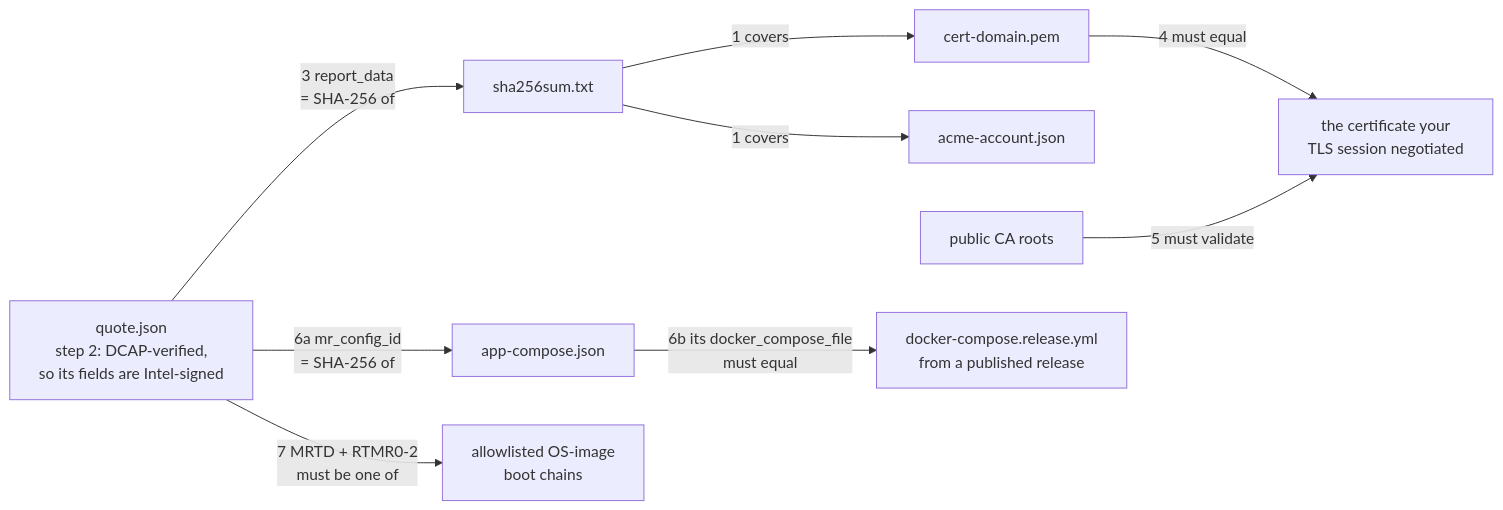
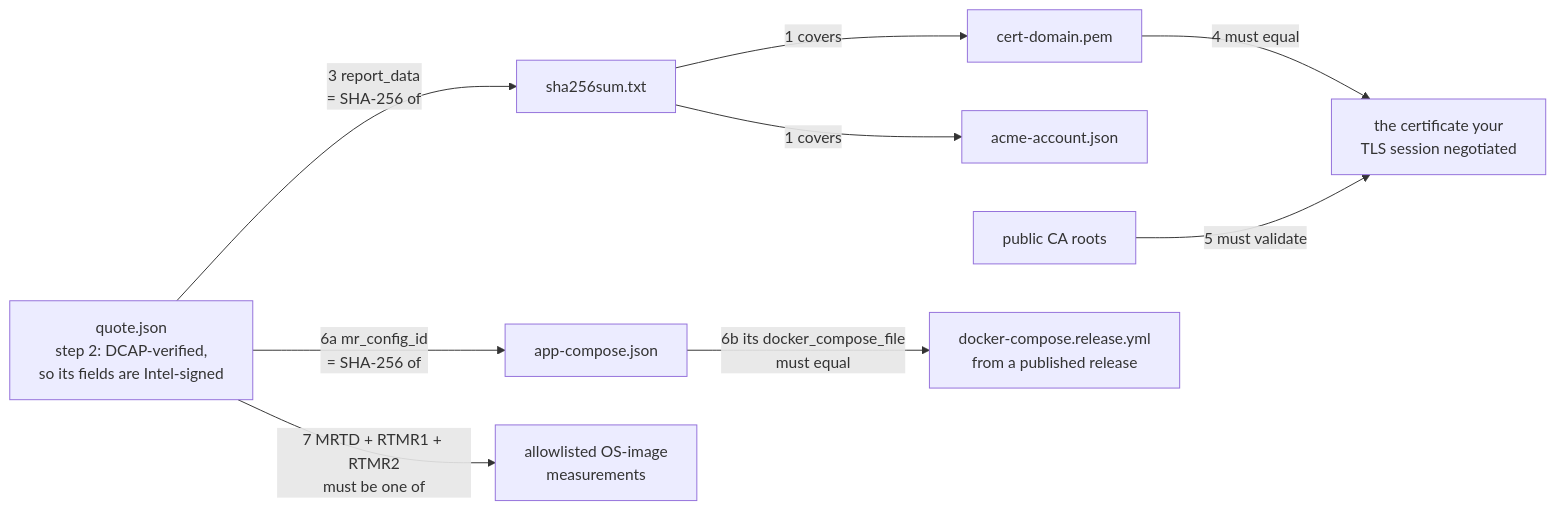
One commit to 0gfoundation/0g-pc-e2ee changed the second of 2 diagrams in docs/verifying-the-gateway.md. Above: the diagram before and after it, drawn with Mermaid. The commit also changed other lines of this file and 11 other files, not shown here.

First line of the commit message:
Pin the OS image, not the VM it was booted on: drop RTMR0

````diff
--- a/docs/verifying-the-gateway.md
+++ b/docs/verifying-the-gateway.md
@@ -133,21 +134,21 @@
 ```mermaid
 flowchart LR
     Q["quote.json<br/>step 2: DCAP-verified,<br/>so its fields are Intel-signed"]
     M["sha256sum.txt"]
     C["cert-domain.pem"]
     A["acme-account.json"]
     S["the certificate your<br/>TLS session negotiated"]
     CA["public CA roots"]
     AC["app-compose.json"]
     R["docker-compose.release.yml<br/>from a published release"]
-    OSA["allowlisted OS-image<br/>boot chains"]
+    OSA["allowlisted OS-image<br/>measurements"]
 
     M -->|"1 covers"| C
     M -->|"1 covers"| A
     Q -->|"3 report_data<br/>= SHA-256 of"| M
     C -->|"4 must equal"| S
     CA -->|"5 must validate"| S
     Q -->|"6a mr_config_id<br/>= SHA-256 of"| AC
     AC -->|"6b its docker_compose_file<br/>must equal"| R
-    Q -->|"7 MRTD + RTMR0-2<br/>must be one of"| OSA
+    Q -->|"7 MRTD + RTMR1 + RTMR2<br/>must be one of"| OSA
 ```
````
